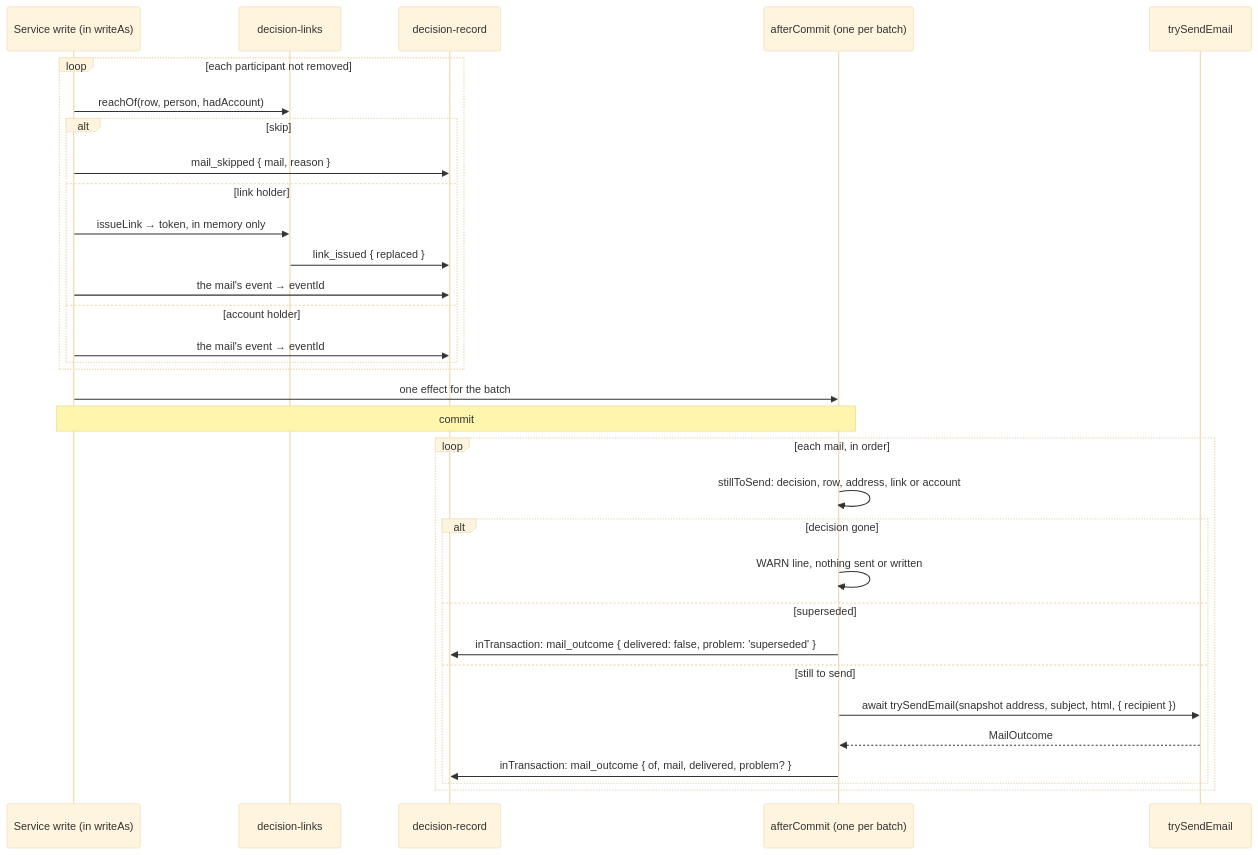
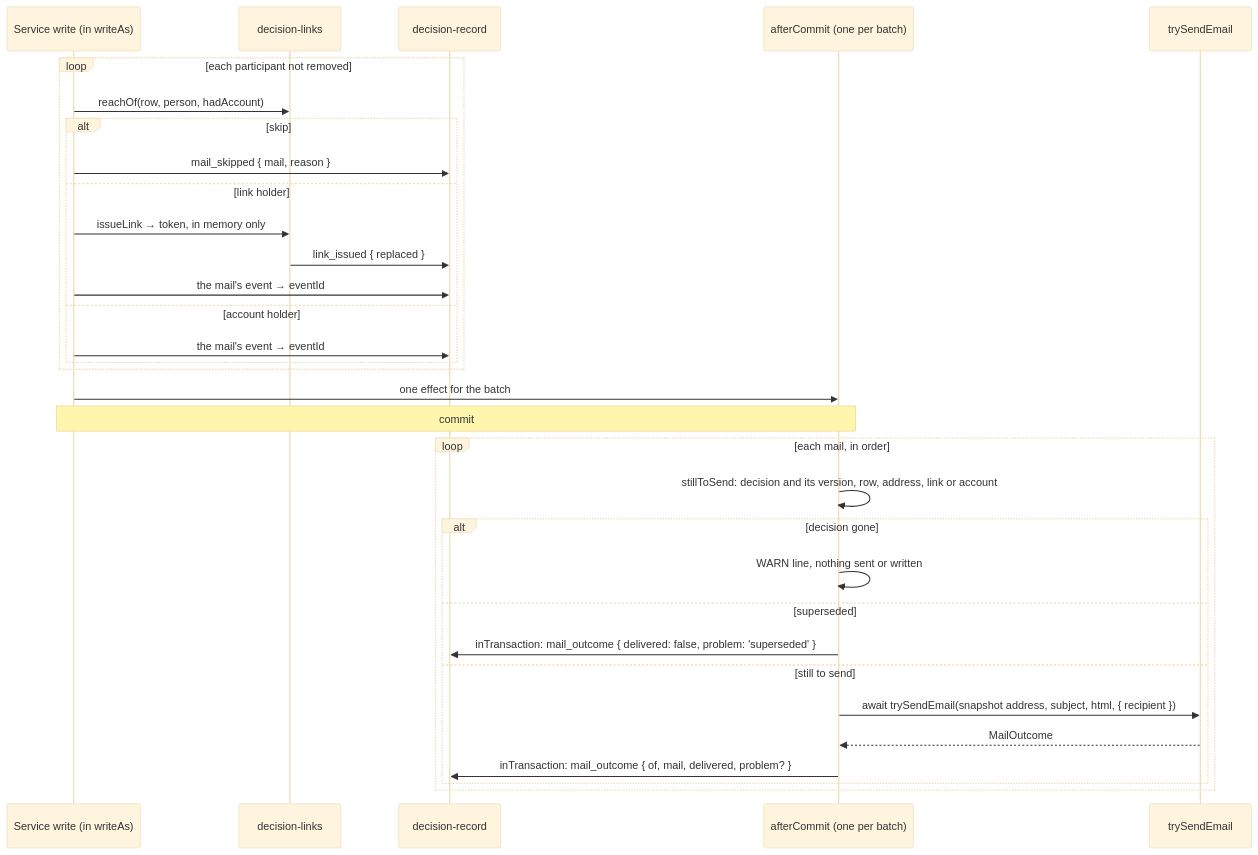
Before and after one commit to gitBoon/DumpFire: diagram 15 of 39 in docs/notifications-email.md, drawn with Mermaid (base theme). The commit also changed other lines of this file and 9 other files, not shown here.

````diff
--- a/docs/notifications-email.md
+++ b/docs/notifications-email.md
@@ -978,34 +994,34 @@
 ```mermaid
 sequenceDiagram
     participant S as Service write (in writeAs)
     participant L as decision-links
     participant R as decision-record
     participant Q as afterCommit (one per batch)
     participant M as trySendEmail
     loop each participant not removed
         S->>L: reachOf(row, person, hadAccount)
         alt skip
             S->>R: mail_skipped { mail, reason }
         else link holder
             S->>L: issueLink → token, in memory only
             L->>R: link_issued { replaced }
             S->>R: the mail's event → eventId
         else account holder
             S->>R: the mail's event → eventId
         end
     end
     S->>Q: one effect for the batch
     Note over S,Q: commit
     loop each mail, in order
-        Q->>Q: stillToSend: decision, row, address, link or account
+        Q->>Q: stillToSend: decision and its version, row, address, link or account
         alt decision gone
             Q->>Q: WARN line, nothing sent or written
         else superseded
             Q->>R: inTransaction: mail_outcome { delivered: false, problem: 'superseded' }
         else still to send
             Q->>M: await trySendEmail(snapshot address, subject, html, { recipient })
             M-->>Q: MailOutcome
             Q->>R: inTransaction: mail_outcome { of, mail, delivered, problem? }
         end
     end
 ```
````
